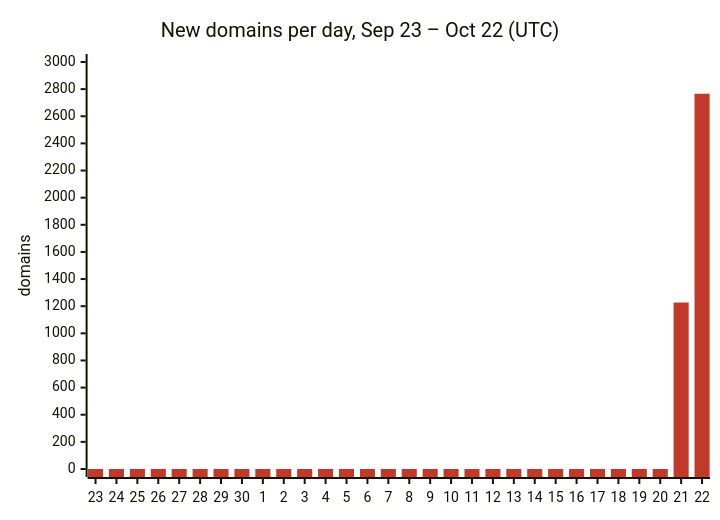
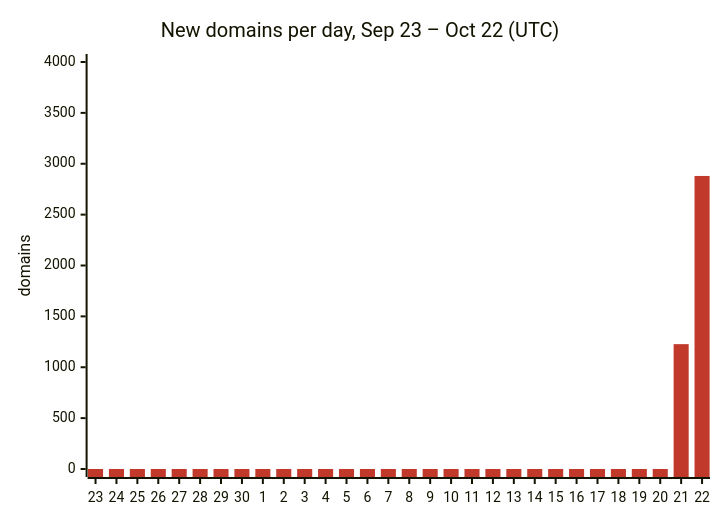
One commit to DNSBunker/CTI changed the first of 3 diagrams in README.md. Above: the diagram before and after it, drawn with Mermaid. The commit also changed other lines of this file and 3 other files, not shown here.

````diff
--- a/README.md
+++ b/README.md
@@ -29,8 +29,8 @@
 ```mermaid
 %%{init: {"themeVariables": {"xyChart": {"plotColorPalette": "#c0392b"}}}}%%
 xychart-beta
     title "New domains per day, Sep 23 – Oct 22 (UTC)"
     x-axis ["23", "24", "25", "26", "27", "28", "29", "30", "1", "2", "3", "4", "5", "6", "7", "8", "9", "10", "11", "12", "13", "14", "15", "16", "17", "18", "19", "20", "21", "22"]
-    y-axis "domains" 0 --> 3000
-    bar [0, 0, 0, 0, 0, 0, 0, 0, 0, 0, 0, 0, 0, 0, 0, 0, 0, 0, 0, 0, 0, 0, 0, 0, 0, 0, 0, 0, 1227, 2766]
+    y-axis "domains" 0 --> 4000
+    bar [0, 0, 0, 0, 0, 0, 0, 0, 0, 0, 0, 0, 0, 0, 0, 0, 0, 0, 0, 0, 0, 0, 0, 0, 0, 0, 0, 0, 1227, 2880]
 ```
````
